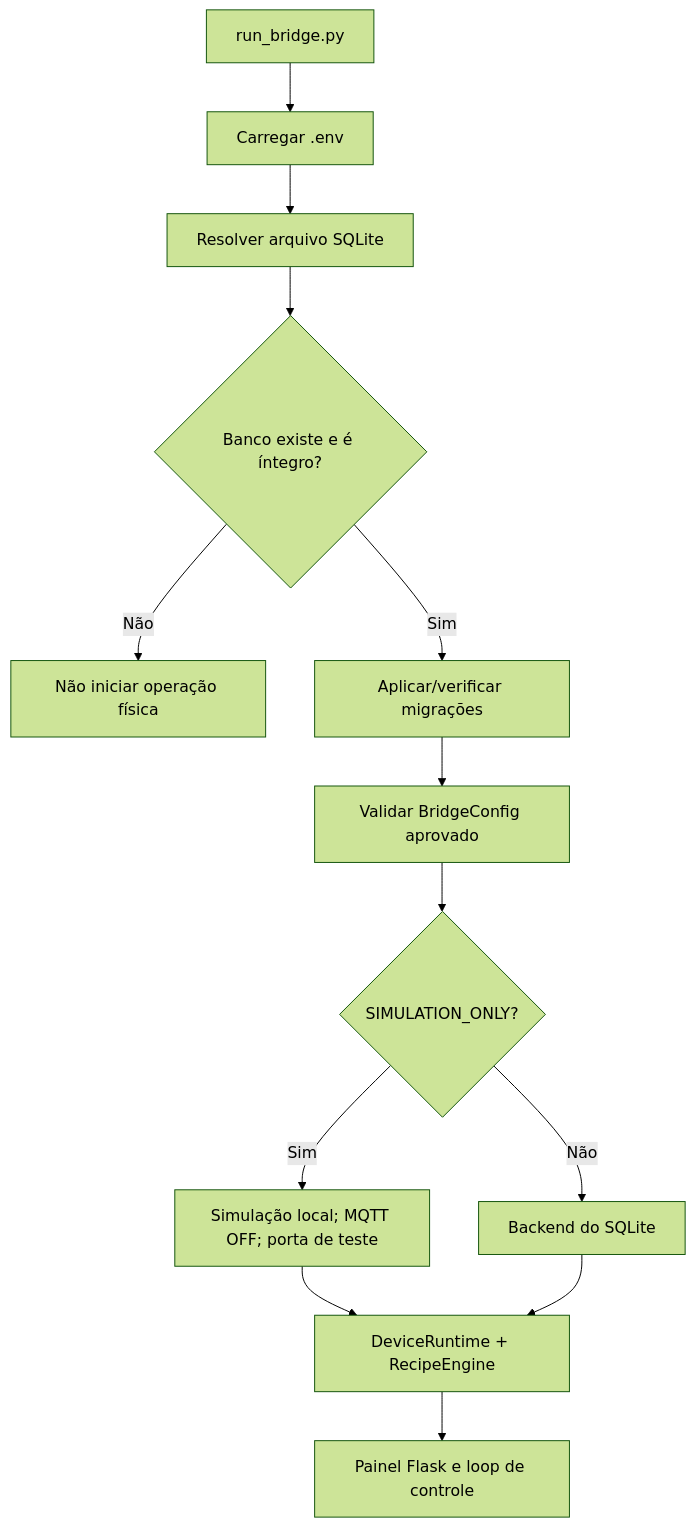
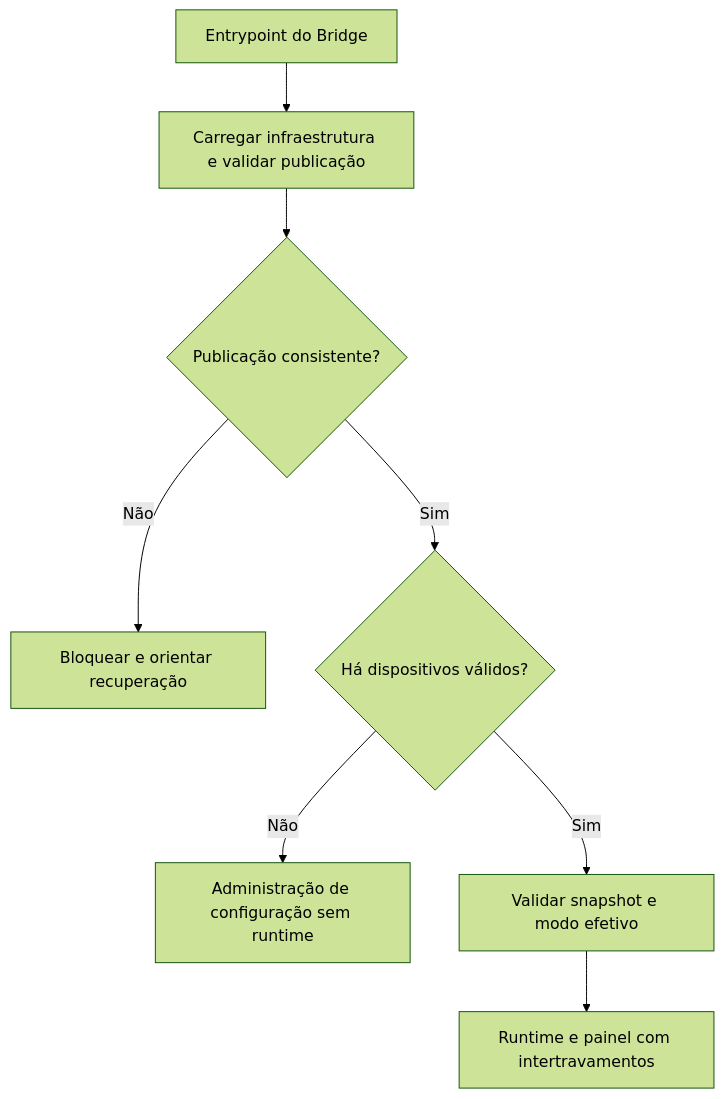
One commit to ChristopherNicolasSMM/Tesseract-Device-Bridge changed the diagram in docs/technical/01-visao-geral.md. Above: the diagram before and after it, drawn with Mermaid (forest theme). The commit also changed other lines of this file and 27 other files, not shown here.

Commit message:
docs: align manuals and architecture with setup and reusable components

````diff
--- a/docs/technical/01-visao-geral.md
+++ b/docs/technical/01-visao-geral.md
@@ -40,15 +31,10 @@
 ```mermaid
 flowchart TD
-    A[run_bridge.py] --> B[Carregar .env]
-    B --> C[Resolver arquivo SQLite]
-    C --> D{Banco existe e é íntegro?}
-    D -->|Não| E[Não iniciar operação física]
-    D -->|Sim| F[Aplicar/verificar migrações]
-    F --> G[Validar BridgeConfig aprovado]
-    G --> H{SIMULATION_ONLY?}
-    H -->|Sim| I[Simulação local; MQTT OFF; porta de teste]
-    H -->|Não| J[Backend do SQLite]
-    I --> K[DeviceRuntime + RecipeEngine]
-    J --> K
-    K --> L[Painel Flask e loop de controle]
+    A[Entrypoint do Bridge] --> B[Carregar infraestrutura e validar publicação]
+    B --> C{Publicação consistente?}
+    C -->|Não| D[Bloquear e orientar recuperação]
+    C -->|Sim| E{Há dispositivos válidos?}
+    E -->|Não| F[Administração de configuração sem runtime]
+    E -->|Sim| G[Validar snapshot e modo efetivo]
+    G --> H[Runtime e painel com intertravamentos]
 ```
````
